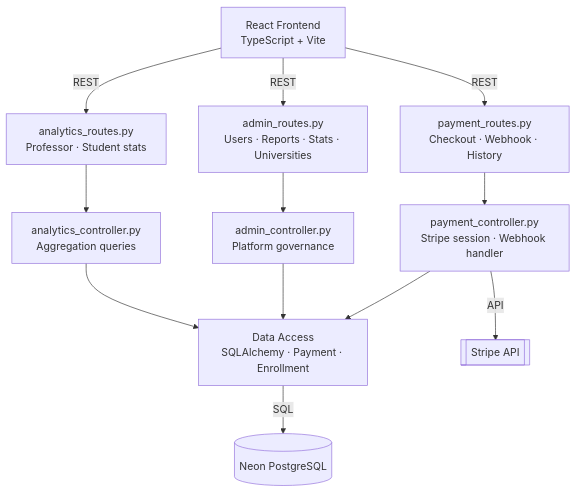
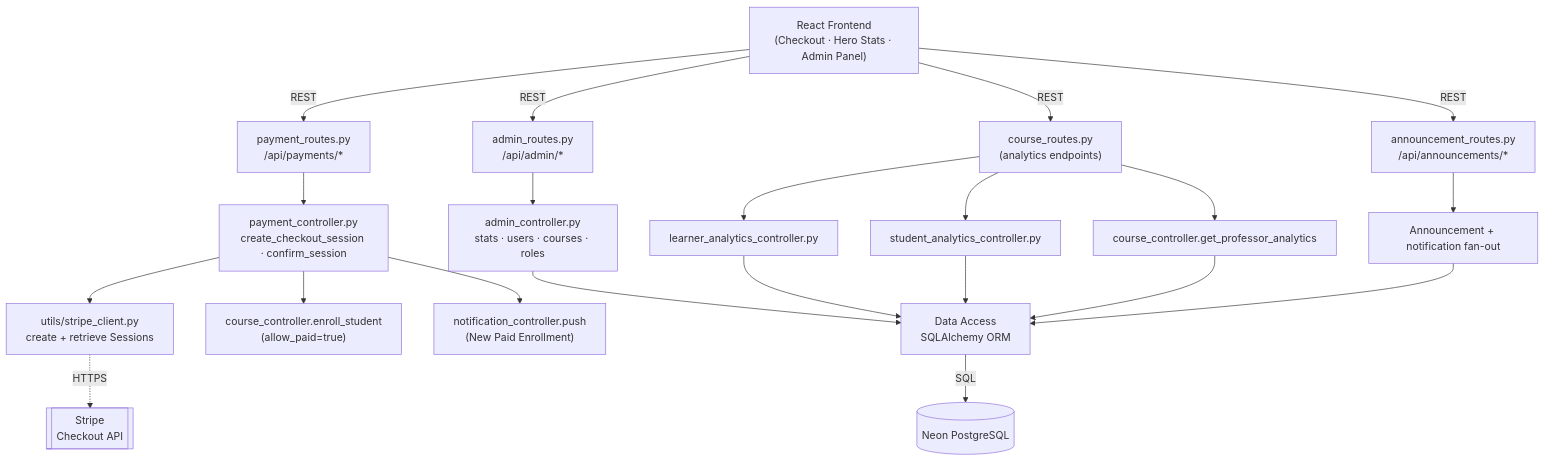
Before and after one commit to yazidha09/Hub4Learners: the first of 5 diagrams in docs/sprints/SPRINT_6.md, drawn with Mermaid. The commit also changed other lines of this file and 5 other files, not shown here.

````diff
--- a/docs/sprints/SPRINT_6.md
+++ b/docs/sprints/SPRINT_6.md
@@ -49,14 +56,23 @@
 ```mermaid
 graph TD
-    A["React Frontend\nTypeScript + Vite"] -->|REST| B["payment_routes.py\nCheckout · Webhook · History"]
-    A -->|REST| C["admin_routes.py\nUsers · Reports · Stats · Universities"]
-    A -->|REST| D["analytics_routes.py\nProfessor · Student stats"]
-    B --> E["payment_controller.py\nStripe session · Webhook handler"]
-    C --> F["admin_controller.py\nPlatform governance"]
-    D --> G["analytics_controller.py\nAggregation queries"]
-    E --> H["Data Access\nSQLAlchemy · Payment · Enrollment"]
-    F --> H
-    G --> H
-    H -->|SQL| I[("Neon PostgreSQL")]
-    E -->|API| J[["Stripe API"]]
+    A["React Frontend<br/>(Checkout · Hero Stats · Admin Panel)"] -->|REST| B["payment_routes.py<br/>/api/payments/*"]
+    A -->|REST| C["admin_routes.py<br/>/api/admin/*"]
+    A -->|REST| D["course_routes.py<br/>(analytics endpoints)"]
+    A -->|REST| E["announcement_routes.py<br/>/api/announcements/*"]
+    B --> F["payment_controller.py<br/>create_checkout_session · confirm_session"]
+    F --> G["utils/stripe_client.py<br/>create + retrieve Sessions"]
+    F --> H["course_controller.enroll_student<br/>(allow_paid=true)"]
+    C --> I["admin_controller.py<br/>stats · users · courses · roles"]
+    D --> J["learner_analytics_controller.py"]
+    D --> K["student_analytics_controller.py"]
+    D --> L["course_controller.get_professor_analytics"]
+    E --> M["Announcement + notification fan-out"]
+    F --> N["notification_controller.push<br/>(New Paid Enrollment)"]
+    I --> O["Data Access<br/>SQLAlchemy ORM"]
+    J --> O
+    K --> O
+    L --> O
+    M --> O
+    O -->|SQL| P[("Neon PostgreSQL")]
+    G -. HTTPS .-> Q[["Stripe<br/>Checkout API"]]
 ```
````
